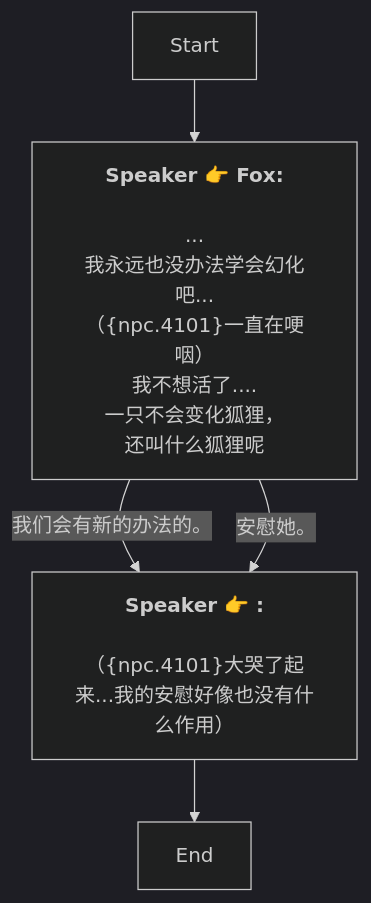
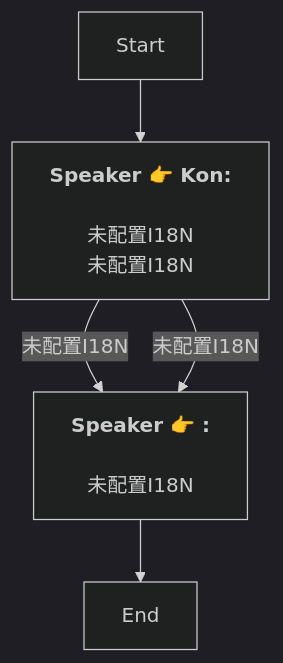
The diagram in Zh/QuestStartTalkENode_1738540510940343.md (SoftHu/tos_avg), drawn with Mermaid (dark theme) before and after one commit. The commit also changed 730 other files, not shown here.

````diff
--- a/Zh/QuestStartTalkENode_1738540510940343.md
+++ b/Zh/QuestStartTalkENode_1738540510940343.md
@@ -1,15 +1,11 @@
 ```mermaid
 graph
-Start -->1738541722740937[<b>Speaker 👉 Fox:</b>
-\n...
-我永远也没办法学会幻化吧...
-（&lbrace;npc.4101&rbrace;一直在哽咽）\n我不想活了....
-一只不会变化狐狸，
-还叫什么狐狸呢]
-1738541722740937 -->|我们会有新的办法的。|1738545380698359[<b>Speaker 👉 :</b>
-\n（&lbrace;npc.4101&rbrace;大哭了起来...我的安慰好像也没有什么作用）]
-1738541722740937 -->|安慰她。|1738545380698359[<b>Speaker 👉 :</b>
-\n（&lbrace;npc.4101&rbrace;大哭了起来...我的安慰好像也没有什么作用）]
+Start -->1738541722740937[<b>Speaker 👉 Kon:</b>
+\n未配置I18N\n未配置I18N]
+1738541722740937 -->|未配置I18N|1738545380698359[<b>Speaker 👉 :</b>
+\n未配置I18N]
+1738541722740937 -->|未配置I18N|1738545380698359[<b>Speaker 👉 :</b>
+\n未配置I18N]
 1738545380698359 -->1738542826258647[End]
 
 ```
````
